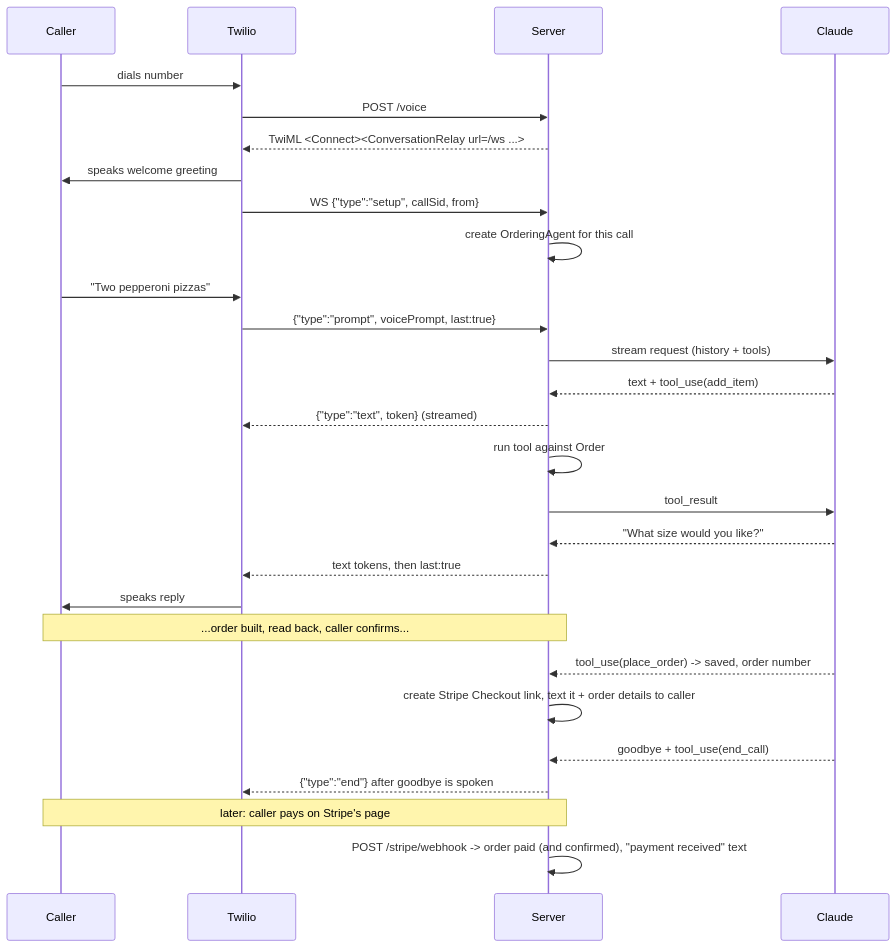
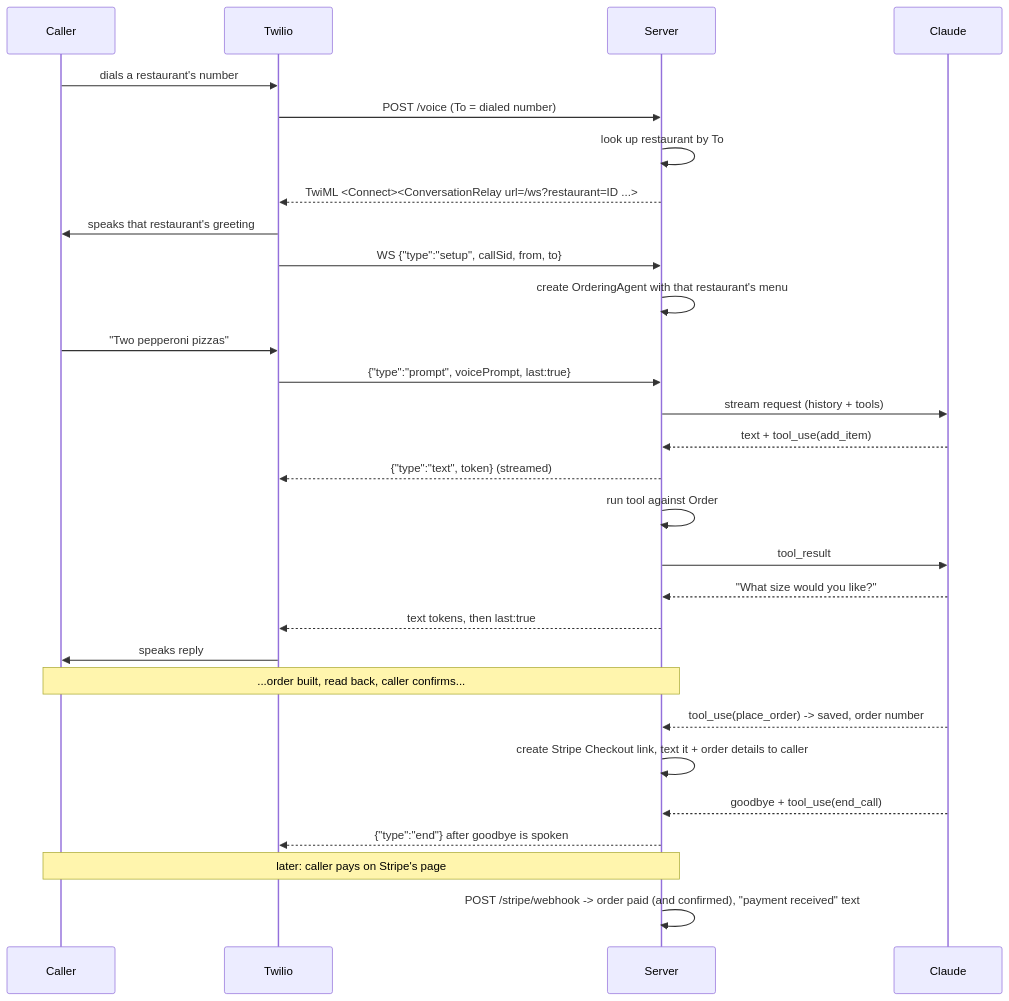
One commit to kapilvallamkonda/Demo-Ordering-Agent changed the second of 2 diagrams in docs/DESIGN.md. Above: the diagram before and after it, drawn with Mermaid. The commit also changed other lines of this file and 15 other files, not shown here.

First line of the commit message:
Multi-restaurant phase 1: route calls by dialed number

````diff
--- a/docs/DESIGN.md
+++ b/docs/DESIGN.md
@@ -62,30 +63,31 @@
 ```mermaid
 sequenceDiagram
     participant C as Caller
     participant T as Twilio
     participant S as Server
     participant A as Claude
-    C->>T: dials number
-    T->>S: POST /voice
-    S-->>T: TwiML <Connect><ConversationRelay url=/ws ...>
-    T->>C: speaks welcome greeting
-    T->>S: WS {"type":"setup", callSid, from}
-    S->>S: create OrderingAgent for this call
+    C->>T: dials a restaurant's number
+    T->>S: POST /voice (To = dialed number)
+    S->>S: look up restaurant by To
+    S-->>T: TwiML <Connect><ConversationRelay url=/ws?restaurant=ID ...>
+    T->>C: speaks that restaurant's greeting
+    T->>S: WS {"type":"setup", callSid, from, to}
+    S->>S: create OrderingAgent with that restaurant's menu
     C->>T: "Two pepperoni pizzas"
     T->>S: {"type":"prompt", voicePrompt, last:true}
     S->>A: stream request (history + tools)
     A-->>S: text + tool_use(add_item)
     S-->>T: {"type":"text", token} (streamed)
     S->>S: run tool against Order
     S->>A: tool_result
     A-->>S: "What size would you like?"
     S-->>T: text tokens, then last:true
     T->>C: speaks reply
     Note over C,S: ...order built, read back, caller confirms...
     A-->>S: tool_use(place_order) -> saved, order number
     S->>S: create Stripe Checkout link, text it + order details to caller
     A-->>S: goodbye + tool_use(end_call)
     S-->>T: {"type":"end"} after goodbye is spoken
     Note over C,S: later: caller pays on Stripe's page
     S->>S: POST /stripe/webhook -> order paid (and confirmed), "payment received" text
 ```
````
